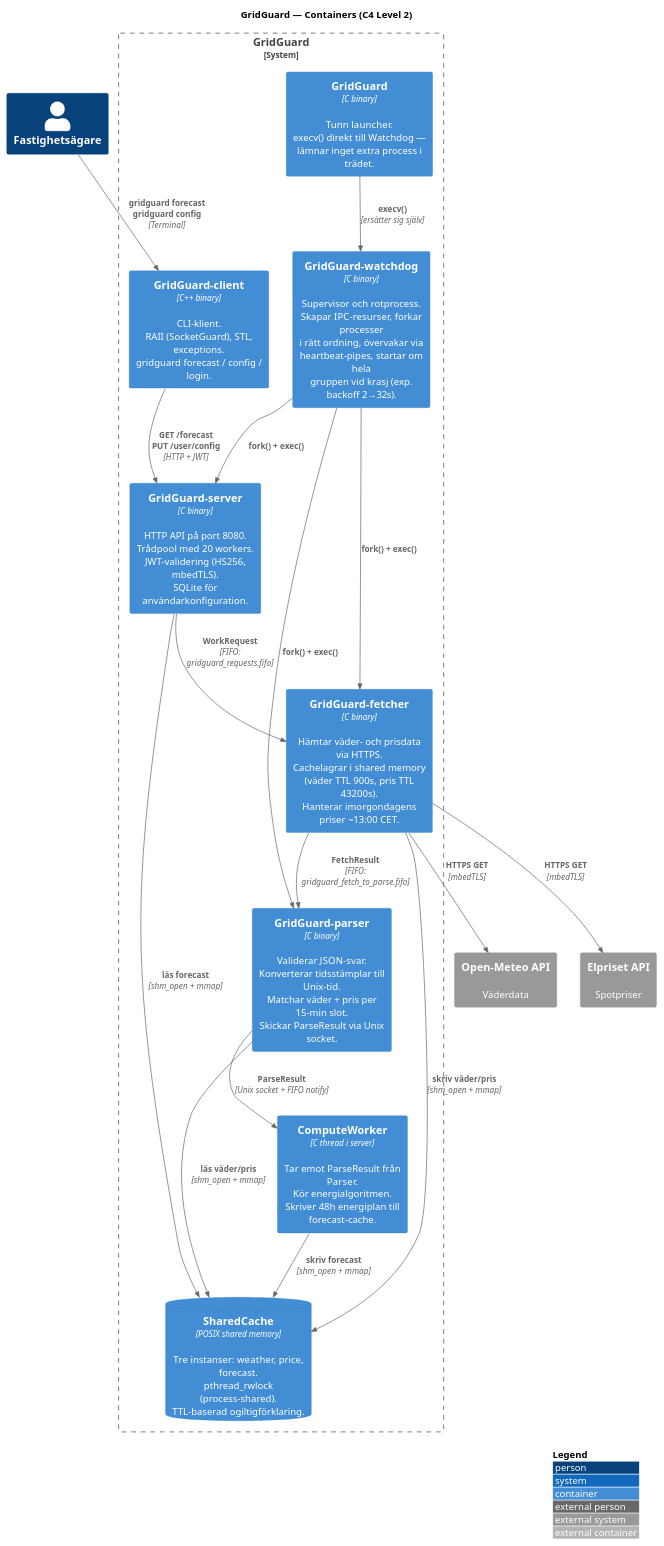
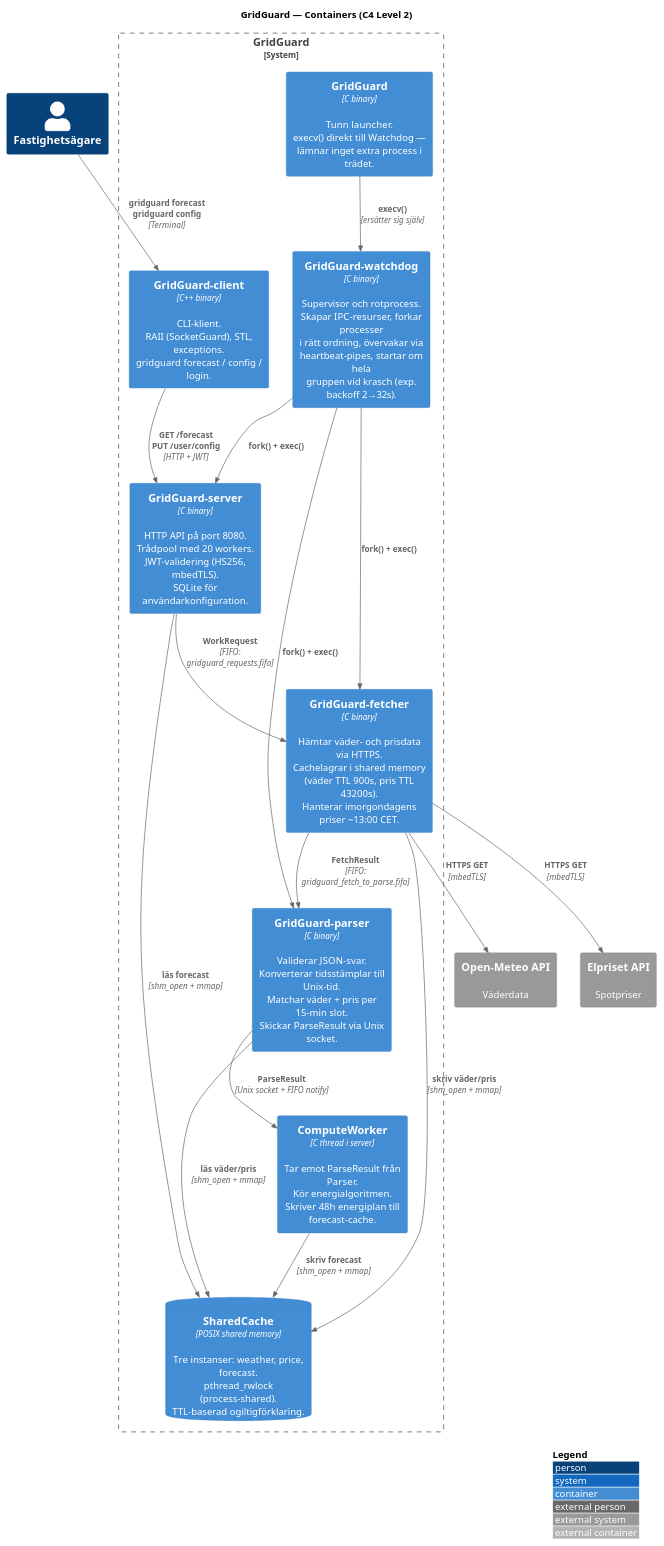
Before and after one commit to allejako/GridGuard: the diagram in docs/diagrams/02_containers.puml, drawn with PlantUML. The commit also changed 2 other files, not shown here.

```diff
--- a/docs/diagrams/02_containers.puml
+++ b/docs/diagrams/02_containers.puml
@@ -1,50 +1,50 @@
 @startuml GridGuard_Containers
 !include https://raw.githubusercontent.com/plantuml-stdlib/C4-PlantUML/master/C4_Container.puml
 
 LAYOUT_WITH_LEGEND()
 title GridGuard — Containers (C4 Level 2)
 
 Person(owner, "Fastighetsägare")
 
 System_Ext(openmeteo, "Open-Meteo API", "Väderdata")
 System_Ext(elpriset, "Elpriset API", "Spotpriser")
 
 System_Boundary(gridguard, "GridGuard") {
     Container(launcher, "GridGuard", "C binary", "Tunn launcher.\nexecv() direkt till Watchdog —\nlämnar inget extra process i trädet.")
 
-    Container(watchdog, "GridGuard-watchdog", "C binary", "Supervisor och rotprocess.\nSkapar IPC-resurser, forkar processer\ni rätt ordning, övervakar via\nheartbeat-pipes, startar om hela\ngruppen vid krasj (exp. backoff 2→32s).")
+    Container(watchdog, "GridGuard-watchdog", "C binary", "Supervisor och rotprocess.\nSkapar IPC-resurser, forkar processer\ni rätt ordning, övervakar via\nheartbeat-pipes, startar om hela\ngruppen vid krasch (exp. backoff 2→32s).")
 
     Container(fetcher, "GridGuard-fetcher", "C binary", "Hämtar väder- och prisdata via HTTPS.\nCachelagrar i shared memory\n(väder TTL 900s, pris TTL 43200s).\nHanterar imorgondagens priser ~13:00 CET.")
 
     Container(parser, "GridGuard-parser", "C binary", "Validerar JSON-svar.\nKonverterar tidsstämplar till Unix-tid.\nMatchar väder + pris per 15-min slot.\nSkickar ParseResult via Unix socket.")
 
     Container(server, "GridGuard-server", "C binary", "HTTP API på port 8080.\nTrådpool med 20 workers.\nJWT-validering (HS256, mbedTLS).\nSQLite för användarkonfiguration.")
 
     Container(computeworker, "ComputeWorker", "C thread i server", "Tar emot ParseResult från Parser.\nKör energialgoritmen.\nSkriver 48h energiplan till forecast-cache.")
 
     ContainerDb(shm, "SharedCache", "POSIX shared memory", "Tre instanser: weather, price, forecast.\npthread_rwlock (process-shared).\nTTL-baserad ogiltigförklaring.")
 
     Container(client, "GridGuard-client", "C++ binary", "CLI-klient.\nRAII (SocketGuard), STL, exceptions.\ngridguard forecast / config / login.")
 }
 
 Rel(owner, client, "gridguard forecast\ngridguard config", "Terminal")
 Rel(client, server, "GET /forecast\nPUT /user/config", "HTTP + JWT")
 
 Rel(launcher, watchdog, "execv()", "ersätter sig själv")
 Rel(watchdog, fetcher, "fork() + exec()")
 Rel(watchdog, parser, "fork() + exec()")
 Rel(watchdog, server, "fork() + exec()")
 
 Rel(server, fetcher, "WorkRequest", "FIFO: gridguard_requests.fifo")
 Rel(fetcher, parser, "FetchResult", "FIFO: gridguard_fetch_to_parse.fifo")
 Rel(parser, computeworker, "ParseResult", "Unix socket + FIFO notify")
 
 Rel(fetcher, shm, "skriv väder/pris", "shm_open + mmap")
 Rel(parser, shm, "läs väder/pris", "shm_open + mmap")
 Rel(computeworker, shm, "skriv forecast", "shm_open + mmap")
 Rel(server, shm, "läs forecast", "shm_open + mmap")
 
 Rel(fetcher, openmeteo, "HTTPS GET", "mbedTLS")
 Rel(fetcher, elpriset, "HTTPS GET", "mbedTLS")
 
 @enduml
```
